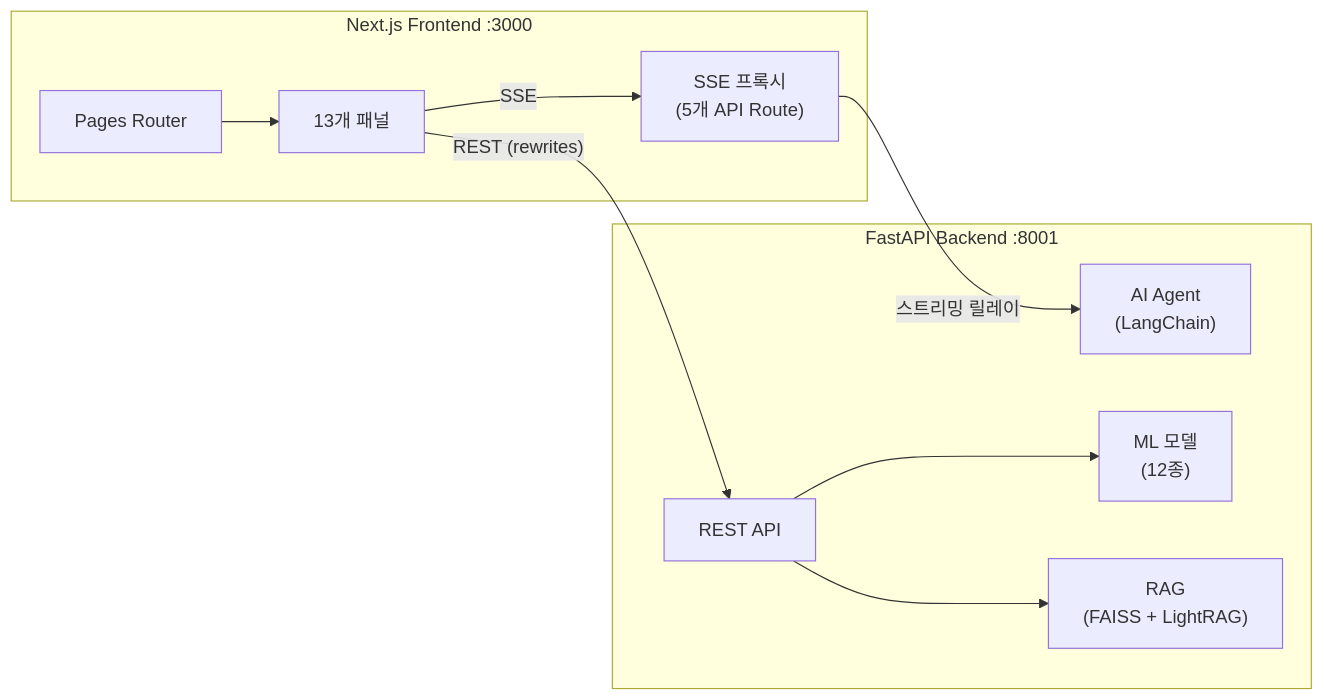
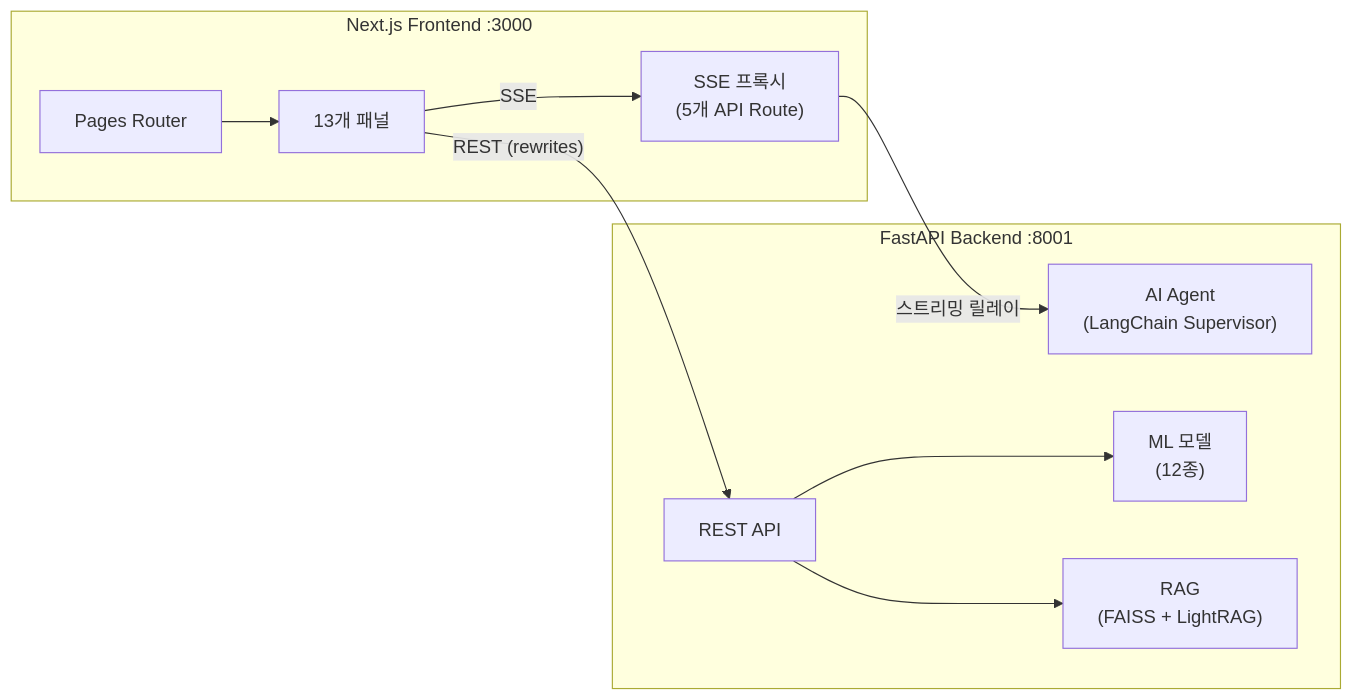
One commit to ASNGG/cafe24-demo changed the first of 15 diagrams in nextjs/README.md. Above: the diagram before and after it, drawn with Mermaid. The commit also changed other lines of this file and 10 other files, not shown here.

````diff
--- a/nextjs/README.md
+++ b/nextjs/README.md
@@ -54,22 +50,22 @@
 ```mermaid
 graph LR
     subgraph Frontend["Next.js Frontend :3000"]
         Pages["Pages Router"]
         Panels["13개 패널"]
         SSEProxy["SSE 프록시<br/>(5개 API Route)"]
     end
 
     subgraph Backend["FastAPI Backend :8001"]
         API["REST API"]
-        Agent["AI Agent<br/>(LangChain)"]
+        Agent["AI Agent<br/>(LangChain Supervisor)"]
         ML["ML 모델<br/>(12종)"]
         RAG["RAG<br/>(FAISS + LightRAG)"]
     end
 
     Pages --> Panels
     Panels -->|"REST (rewrites)"| API
     Panels -->|"SSE"| SSEProxy
     SSEProxy -->|"스트리밍 릴레이"| Agent
     API --> ML
     API --> RAG
 ```
````
